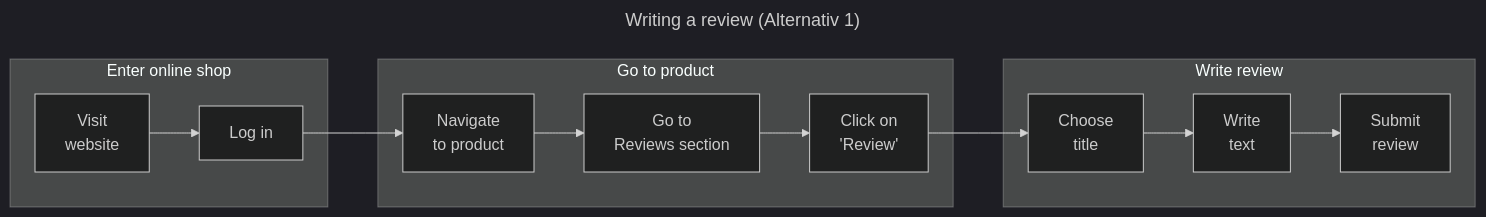
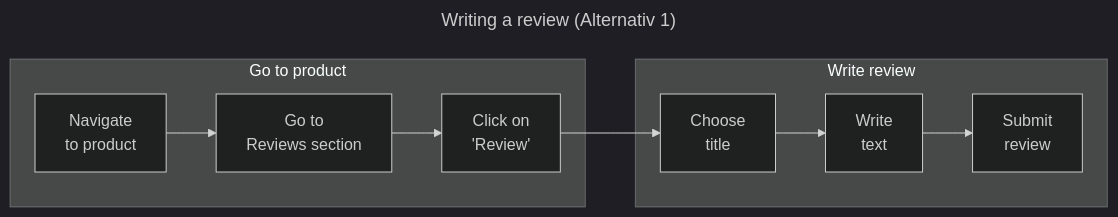
One commit to qw3ry/misarch-docs changed the diagram in image-sources/diagrams/user-journeys/journey-writing-review-2.mmd. Above: the diagram before and after it, drawn with Mermaid (dark theme). The commit also changed 32 other files, not shown here.

Commit message:
Removed login overhead from the user-journey diagrams

```diff
--- a/image-sources/diagrams/user-journeys/journey-writing-review-2.mmd
+++ b/image-sources/diagrams/user-journeys/journey-writing-review-2.mmd
@@ -1,19 +1,15 @@
 ---
 title: Writing a review (Alternativ 1)
 ---
 flowchart LR
-    subgraph Enter online shop
-        A["Visit \nwebsite"]
-        B["Log in"]
-    end
     subgraph Go to product
         C["Navigate \nto product"]
         D["Go to \nReviews section"]
         E["Click on \n'Review'"]
     end
     subgraph Write review
         F["Choose \ntitle"]
         G["Write \ntext"]
         H["Submit \nreview"]
     end
-    A --> B --> C --> D --> E --> F --> G --> H
+    C --> D --> E --> F --> G --> H
```
